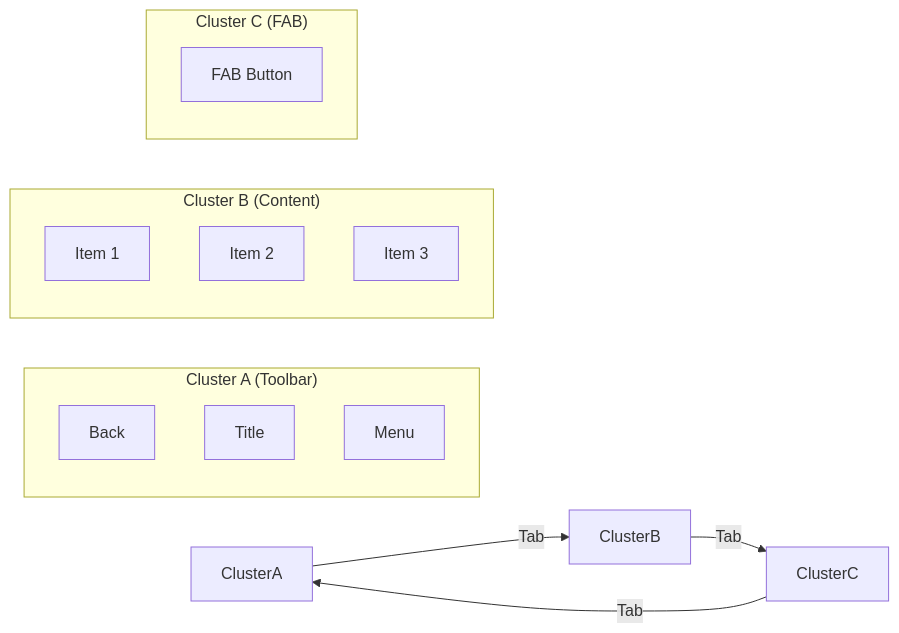
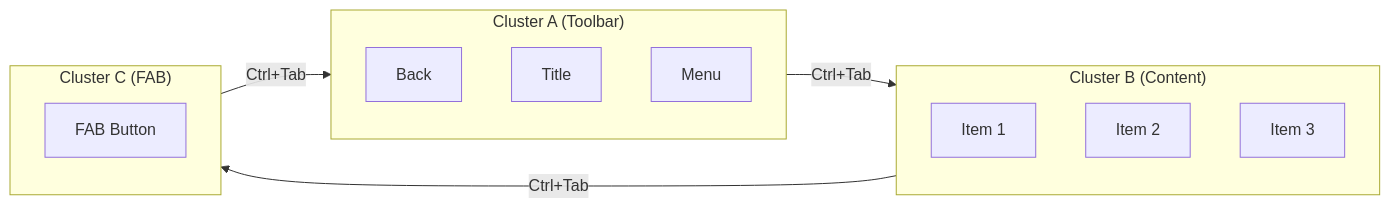
Before and after one commit to aospbooks/aosp-internal-book: diagram 30 of 40 in agents/claude/skills/aosp-framework-core/25-view-system.md, drawn with Mermaid. The commit also changed other lines of this file and 218 other files, not shown here.

````diff
--- a/agents/claude/skills/aosp-framework-core/25-view-system.md
+++ b/agents/claude/skills/aosp-framework-core/25-view-system.md
@@ -2238,22 +2246,22 @@
 ```mermaid
 graph LR
-    subgraph "Cluster A (Toolbar)"
+    subgraph ClusterA["Cluster A (Toolbar)"]
         Back["Back"]
         Title["Title"]
         Menu["Menu"]
     end
 
-    subgraph "Cluster B (Content)"
+    subgraph ClusterB["Cluster B (Content)"]
         Item1["Item 1"]
         Item2["Item 2"]
         Item3["Item 3"]
     end
 
-    subgraph "Cluster C (FAB)"
+    subgraph ClusterC["Cluster C (FAB)"]
         FAB["FAB Button"]
     end
 
-    ClusterA -->|Tab| ClusterB
-    ClusterB -->|Tab| ClusterC
-    ClusterC -->|Tab| ClusterA
+    ClusterA -->|Ctrl+Tab| ClusterB
+    ClusterB -->|Ctrl+Tab| ClusterC
+    ClusterC -->|Ctrl+Tab| ClusterA
 ```
````
